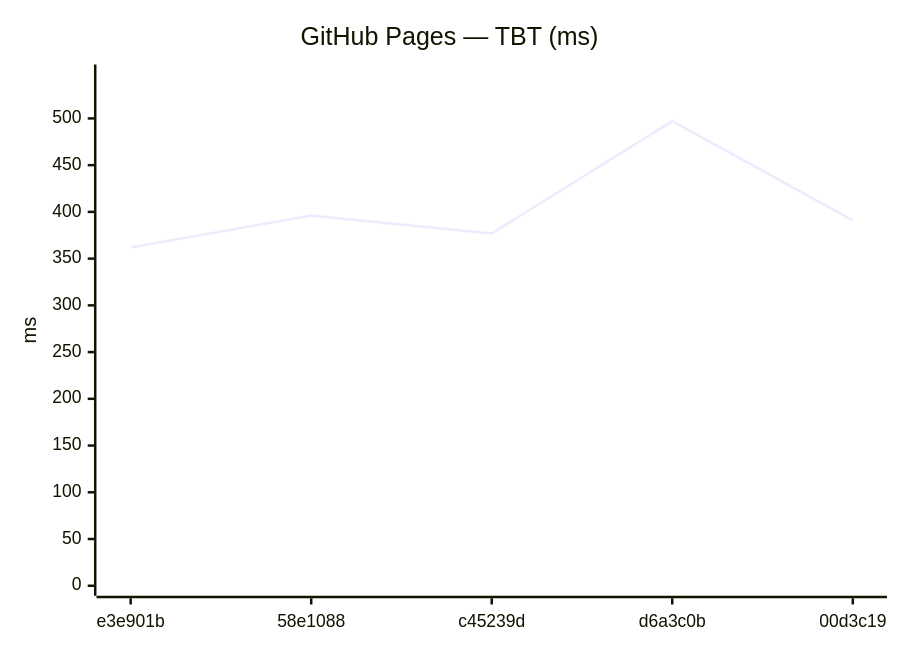
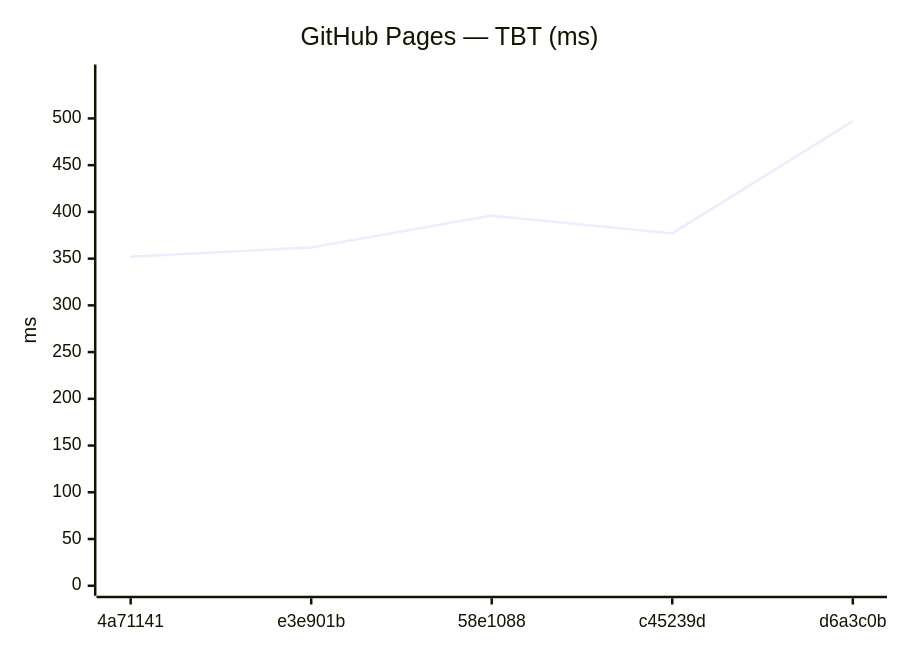
Before and after one commit to Metaheurist/Rianell: the tenth of 18 diagrams in benchmarks/compare.md, drawn with Mermaid. The commit also changed other lines of this file and 11 other files, not shown here.

````diff
--- a/benchmarks/compare.md
+++ b/benchmarks/compare.md
@@ -149,7 +149,7 @@
 ```mermaid
 xychart-beta
     title "GitHub Pages — TBT (ms)"
-    x-axis ["e3e901b", "58e1088", "c45239d", "d6a3c0b", "00d3c19"]
+    x-axis ["4a71141", "e3e901b", "58e1088", "c45239d", "d6a3c0b"]
     y-axis "ms" 0 --> 547
-    line [362, 396, 377, 497, 391]
+    line [352, 362, 396, 377, 497]
 ```
````
